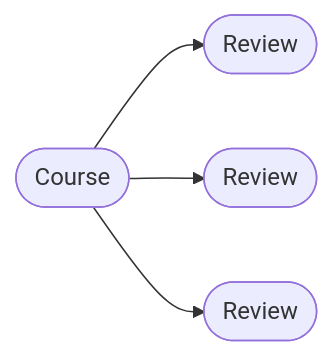
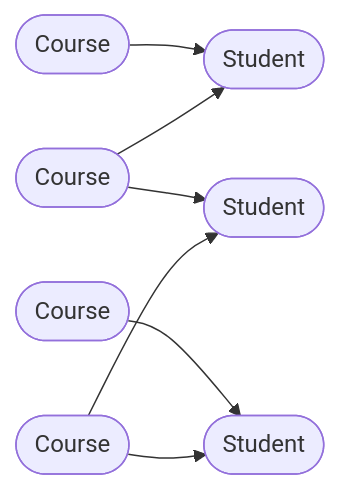
One commit to azharYahya95/hibernate changed the diagram in README.md. Above: the diagram before and after it, drawn with Mermaid. The commit also changed other lines of this file and 16 other files, not shown here.

````diff
--- a/README.md
+++ b/README.md
@@ -6,7 +7,11 @@
-```mermaid
-flowchart LR;
-C([Course]);R1([Review]);R2([Review]);R3([Review]);
-C --> R1;
-C --> R2;
-C --> R3;
-```
+  ```mermaid
+    flowchart LR;
+    C1([Course]);C2([Course]);C3([Course]);C4([Course]);
+    S1([Student]);S3([Student]);S4([Student]);
+    C1 --> S1;
+    C2 --> S1;
+    C2 --> S3;
+    C3 --> S4;
+    C4 --> S3;
+    C4 --> S4;
+  ```
````
